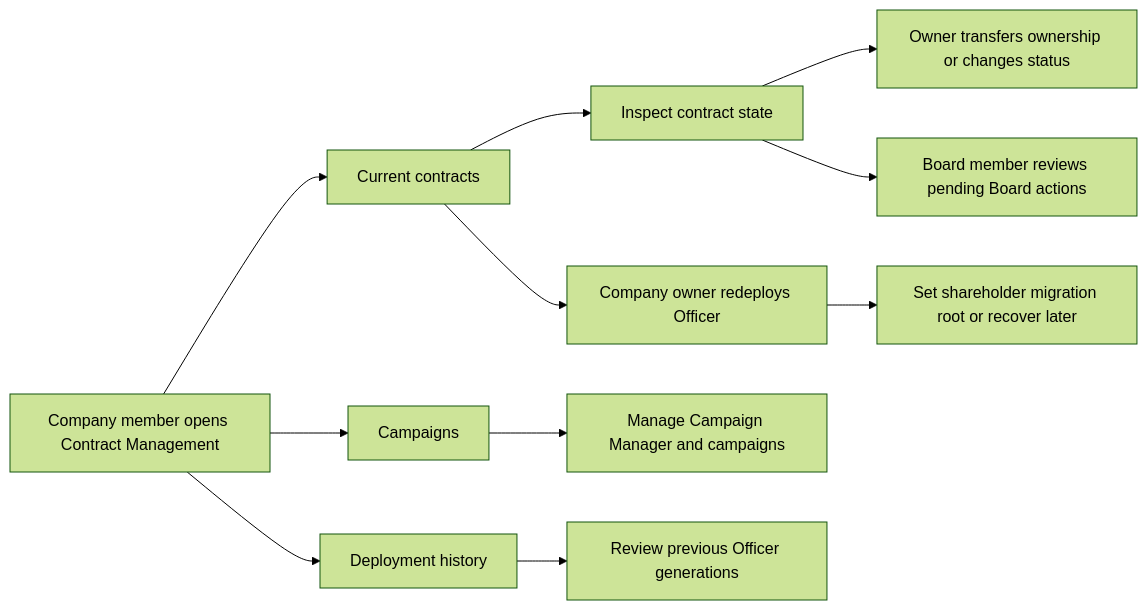
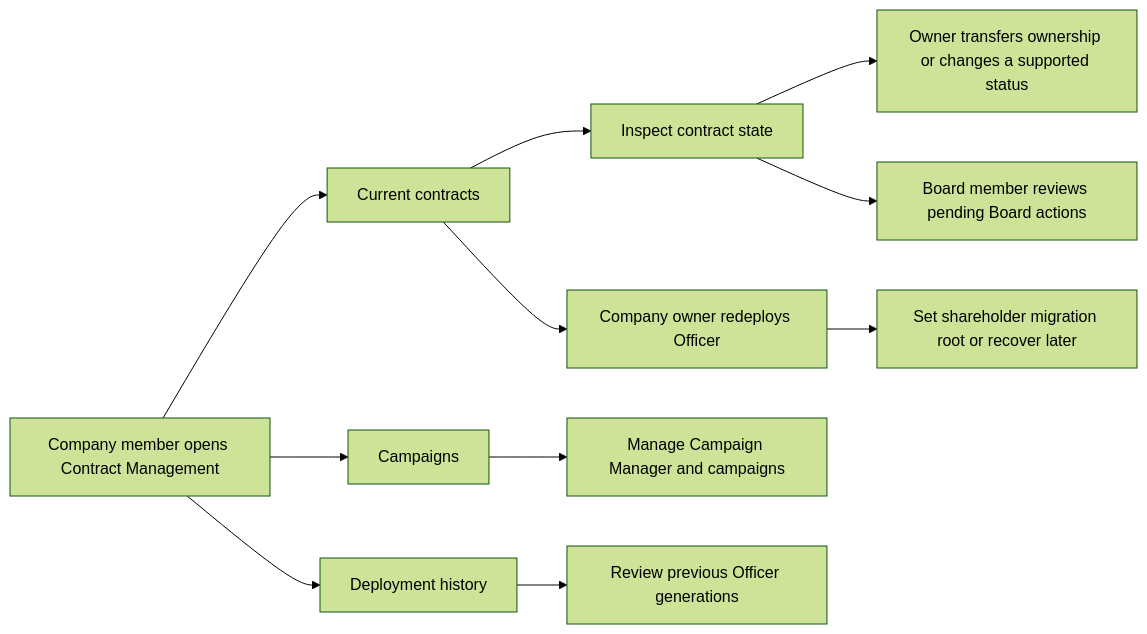
The diagram in docs/features/contract-management/README.md (globe-and-citizen/cnc-portal), drawn with Mermaid (forest theme) before and after one commit. The commit also changed other lines of this file and 1 other file, not shown here.

````diff
--- a/docs/features/contract-management/README.md
+++ b/docs/features/contract-management/README.md
@@ -26,15 +31,15 @@
 ```mermaid
 flowchart LR
     Member[Company member opens Contract Management] --> Current[Current contracts]
     Member --> Campaigns[Campaigns]
     Member --> History[Deployment history]
 
     Current --> Inspect[Inspect contract state]
-    Inspect --> Direct[Owner transfers ownership or changes status]
+    Inspect --> Direct[Owner transfers ownership or changes a supported status]
     Inspect --> Board[Board member reviews pending Board actions]
     Current --> Redeploy[Company owner redeploys Officer]
     Redeploy --> Migration[Set shareholder migration root or recover later]
 
     Campaigns --> CampaignManager[Manage Campaign Manager and campaigns]
     History --> Previous[Review previous Officer generations]
 ```
````
